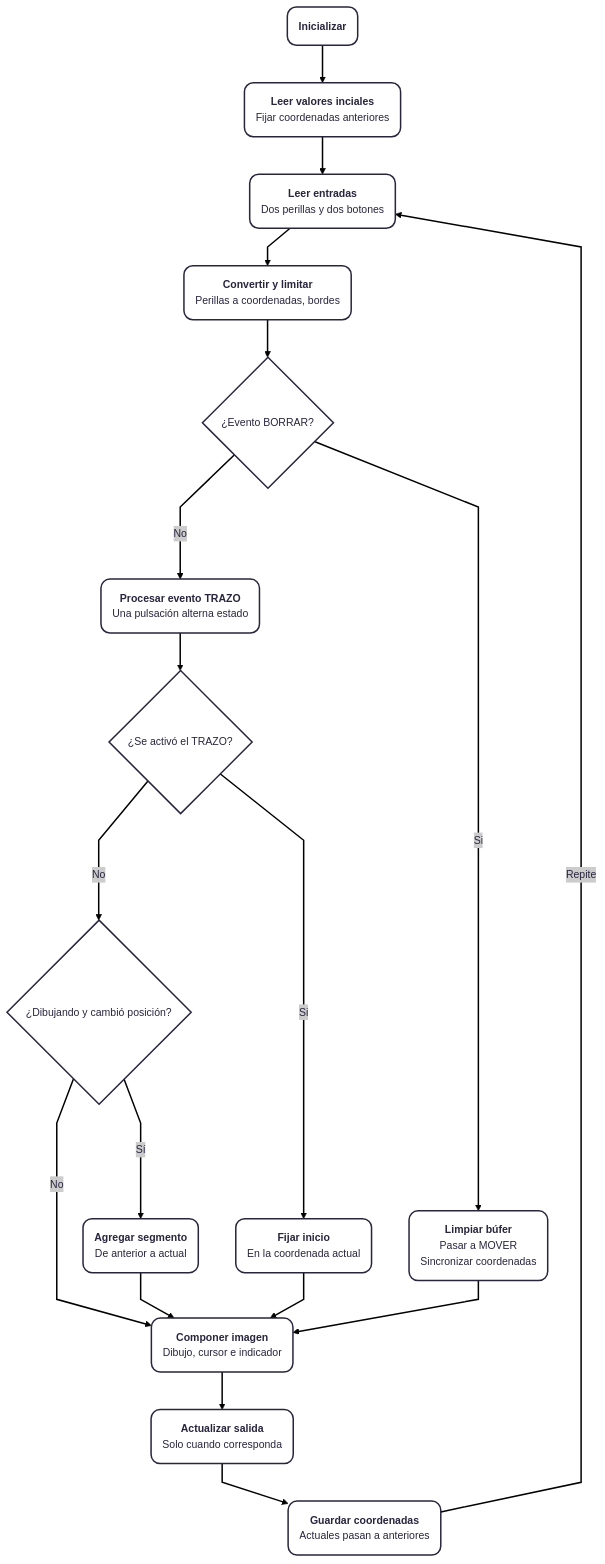
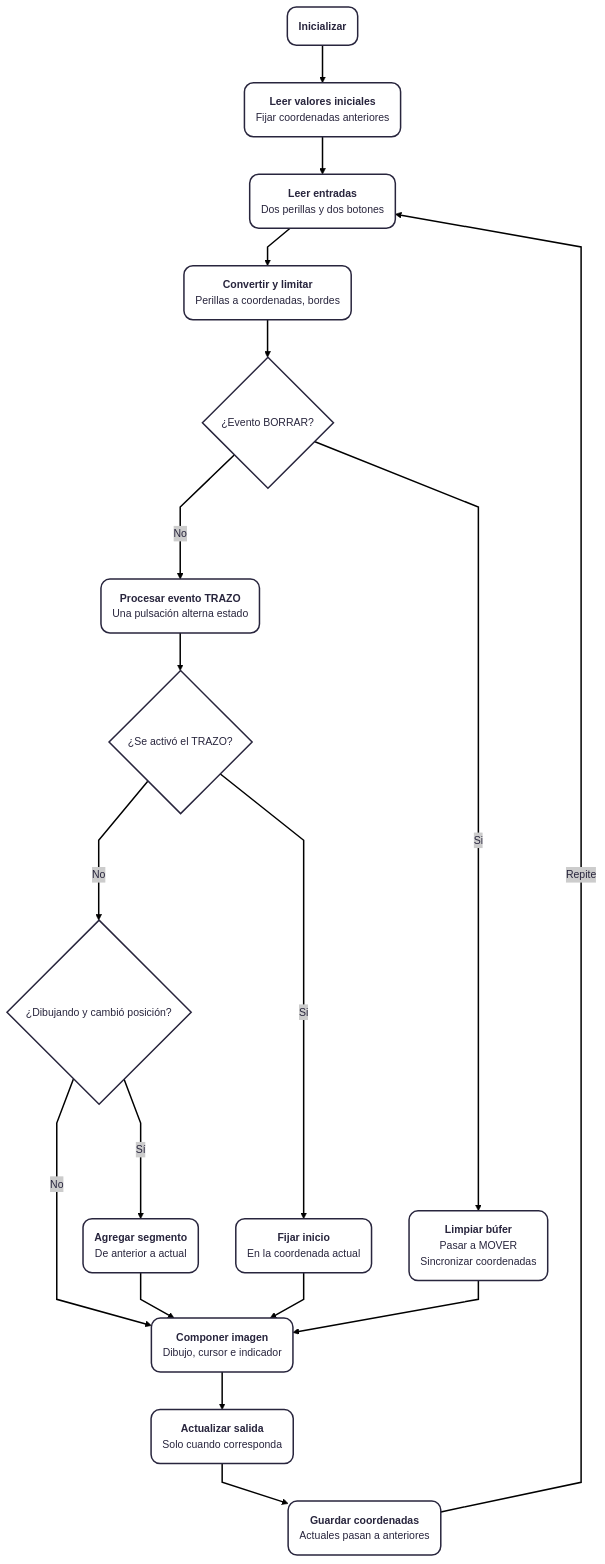
Before and after one commit to Narelyriquelme/dis8645-2026-2-procesos-2: the second of 2 diagrams in 00-proyecto-2/grupo-07/README.md, drawn with Mermaid. The commit also changed other lines of this file, not shown here.

````diff
--- a/00-proyecto-2/grupo-07/README.md
+++ b/00-proyecto-2/grupo-07/README.md
@@ -223,23 +249,23 @@
 ```mermaid
 %%{ init : { "theme" : "redux-color", "flowchart" : { "curve" : "linear" }}}%%
 %%                                ^^^^^^^^^^^^^^^^^^^^^^^^^^^^^^^^^^^^
 
 flowchart TD
 
 %%==============================================================================
 
-A(<b>Inicializar</b>)-->B(<b>Leer valores inciales</b>\nFijar coordenadas anteriores);
+A(<b>Inicializar</b>)-->B(<b>Leer valores iniciales</b>\nFijar coordenadas anteriores);
 B-->C(<b>Leer entradas</b>\nDos perillas y dos botones);
 C-->D(<b>Convertir y limitar</b>\nPerillas a coordenadas, bordes);
 D-->E{¿Evento BORRAR?};
 E--->|No|F(<b>Procesar evento TRAZO</b>\nUna pulsación alterna estado);
 F-->G{¿Se activó el TRAZO?};
 G--->|No|H{¿Dibujando y cambió posición?};
 H-->|No|I(<b>Componer imagen</b>\nDibujo, cursor e indicador);
 I-->J(<b>Actualizar salida</b>\nSolo cuando corresponda);
 J-->K(<b>Guardar coordenadas</b>\nActuales pasan a anteriores);
 E-->|Si|L(<b>Limpiar búfer</b>\nPasar a MOVER\nSincronizar coordenadas)-->I;
 G-->|Si|M(<b>Fijar inicio</b>\nEn la coordenada actual)-->I;
 H--->|Sí|N(<b>Agregar segmento</b>\nDe anterior a actual)-->I;
 K-->|Repite|C;
 ```
````
